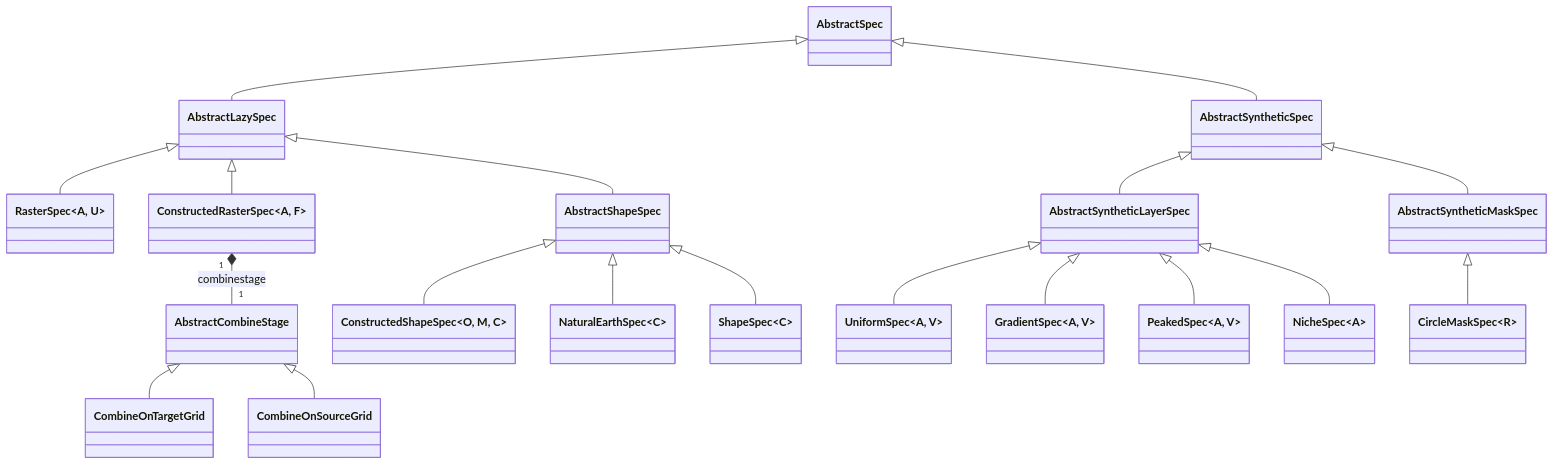
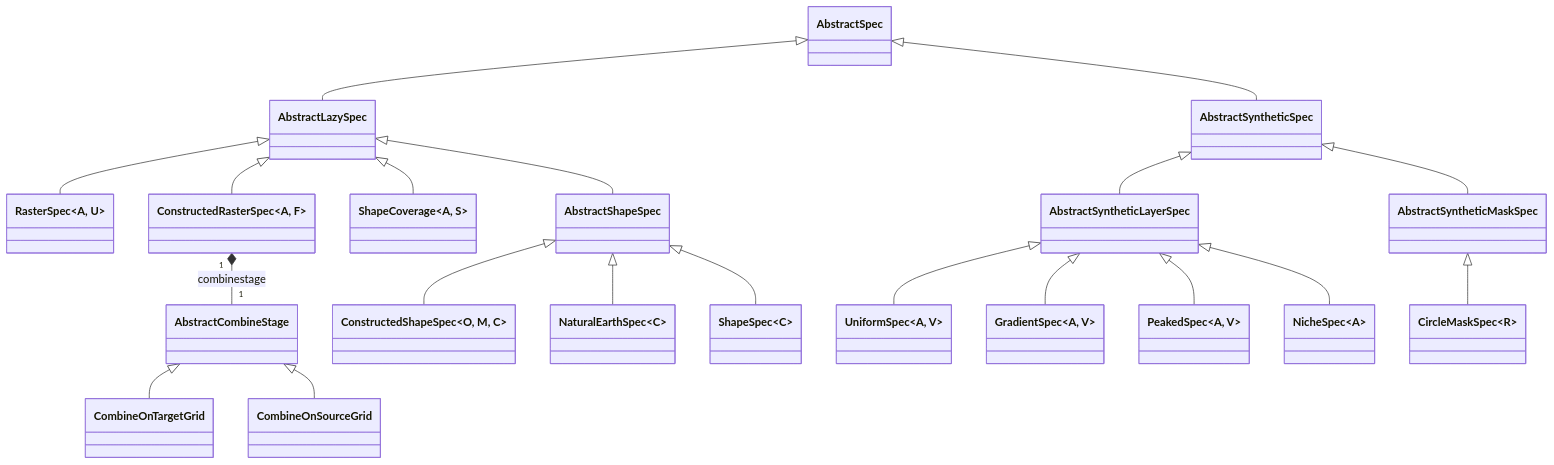
Before and after one commit to EcoJulia/EcoSISTEM.jl: the ninth of 22 diagrams in data/architecture.md, drawn with Mermaid. The commit also changed other lines of this file and 9 other files, not shown here.

Commit message:
Add ShapeCoverage spec and related functionality for measuring cell coverage by shapes

````diff
--- a/data/architecture.md
+++ b/data/architecture.md
@@ -521,38 +527,40 @@
 ```mermaid
 classDiagram
     class AbstractSpec
     class AbstractLazySpec
     class AbstractSyntheticSpec
     class AbstractSyntheticLayerSpec
     class AbstractSyntheticMaskSpec
     class RasterSpec~A, U~
     class ShapeSpec~C~
     class AbstractShapeSpec
     class NaturalEarthSpec~C~
     class ConstructedShapeSpec~O, M, C~
     class ConstructedRasterSpec~A, F~
+    class ShapeCoverage~A, S~
     class UniformSpec~A, V~
     class GradientSpec~A, V~
     class PeakedSpec~A, V~
     class NicheSpec~A~
     class CircleMaskSpec~R~
     class AbstractCombineStage
     AbstractSpec              <|-- AbstractLazySpec
     AbstractSpec              <|-- AbstractSyntheticSpec
     AbstractLazySpec          <|-- RasterSpec
     AbstractLazySpec          <|-- ConstructedRasterSpec
+    AbstractLazySpec          <|-- ShapeCoverage
     AbstractSyntheticSpec     <|-- AbstractSyntheticLayerSpec
     AbstractSyntheticSpec     <|-- AbstractSyntheticMaskSpec
     AbstractSyntheticLayerSpec <|-- UniformSpec
     AbstractSyntheticLayerSpec <|-- GradientSpec
     AbstractSyntheticLayerSpec <|-- PeakedSpec
     AbstractSyntheticLayerSpec <|-- NicheSpec
     AbstractSyntheticMaskSpec  <|-- CircleMaskSpec
     AbstractCombineStage <|-- CombineOnTargetGrid
     AbstractCombineStage <|-- CombineOnSourceGrid
     ConstructedRasterSpec "1" *-- "1" AbstractCombineStage : combinestage
     AbstractLazySpec <|-- AbstractShapeSpec
     AbstractShapeSpec <|-- ConstructedShapeSpec
     AbstractShapeSpec <|-- NaturalEarthSpec
     AbstractShapeSpec <|-- ShapeSpec
 ```
````
